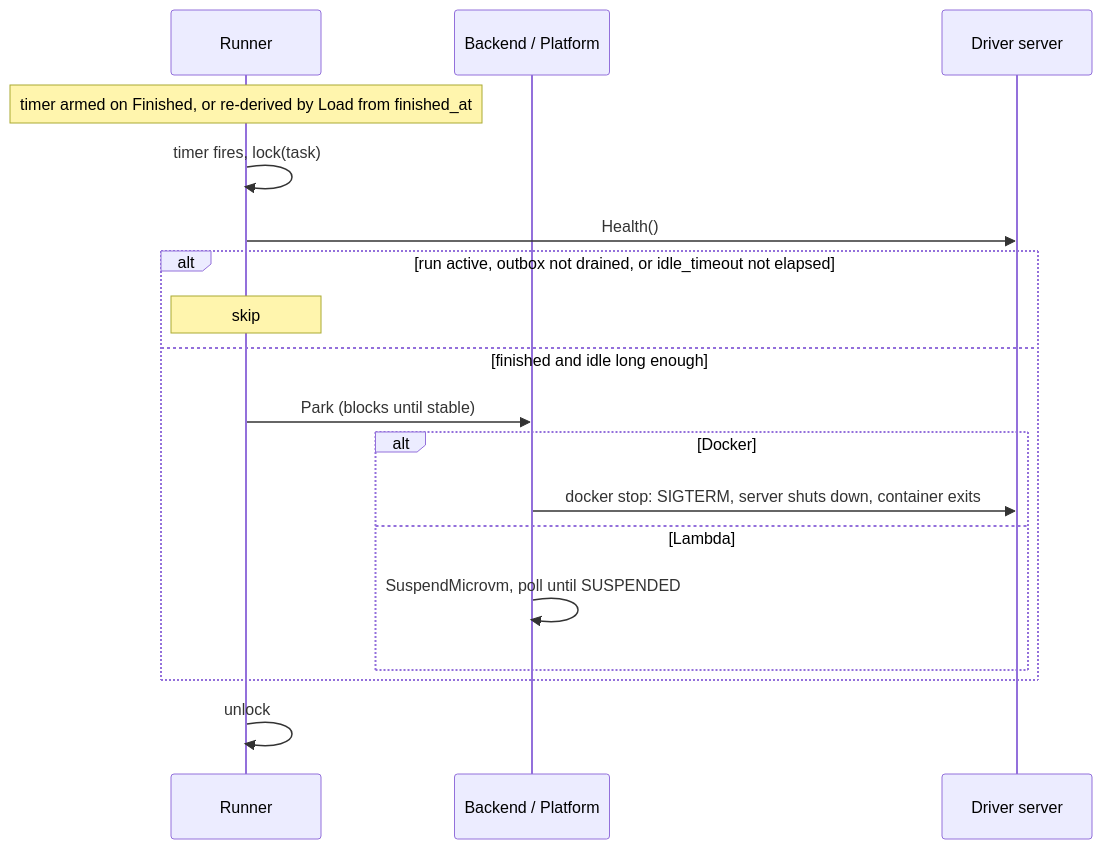
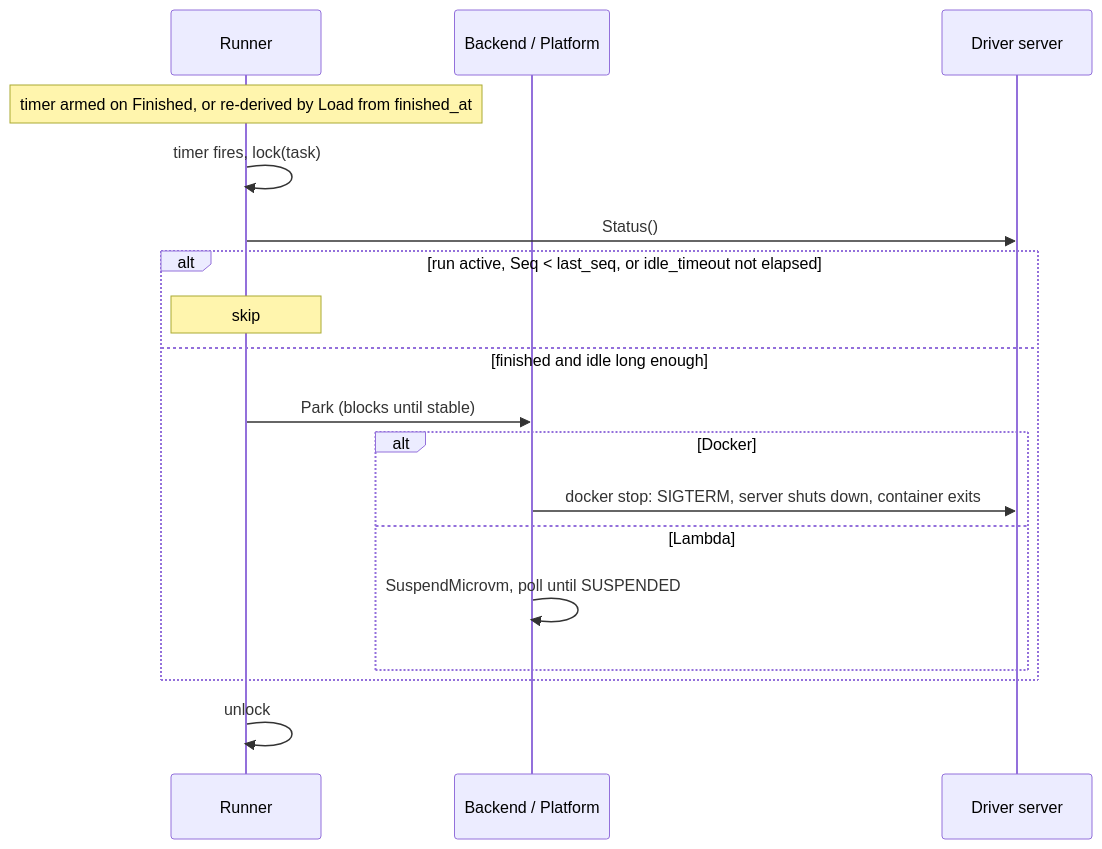
The sixth of 6 diagrams in proposals/draft/driver-server.md (gritzapp/gritz), drawn with Mermaid before and after one commit. The commit also changed other lines of this file and 2 other files, not shown here.

First line of the commit message:
docs: replace the driver outbox with a response log read from a runner offset

````diff
--- a/proposals/draft/driver-server.md
+++ b/proposals/draft/driver-server.md
@@ -650,21 +668,21 @@
 ```mermaid
 sequenceDiagram
     participant R as Runner
     participant P as Backend / Platform
     participant D as Driver server
 
     Note over R: timer armed on Finished, or re-derived by Load from finished_at
     R->>R: timer fires, lock(task)
-    R->>D: Health()
-    alt run active, outbox not drained, or idle_timeout not elapsed
+    R->>D: Status()
+    alt run active, Seq < last_seq, or idle_timeout not elapsed
         Note over R: skip
     else finished and idle long enough
         R->>P: Park (blocks until stable)
         alt Docker
             P->>D: docker stop: SIGTERM, server shuts down, container exits
         else Lambda
             P->>P: SuspendMicrovm, poll until SUSPENDED
         end
     end
     R->>R: unlock
 ```
````
